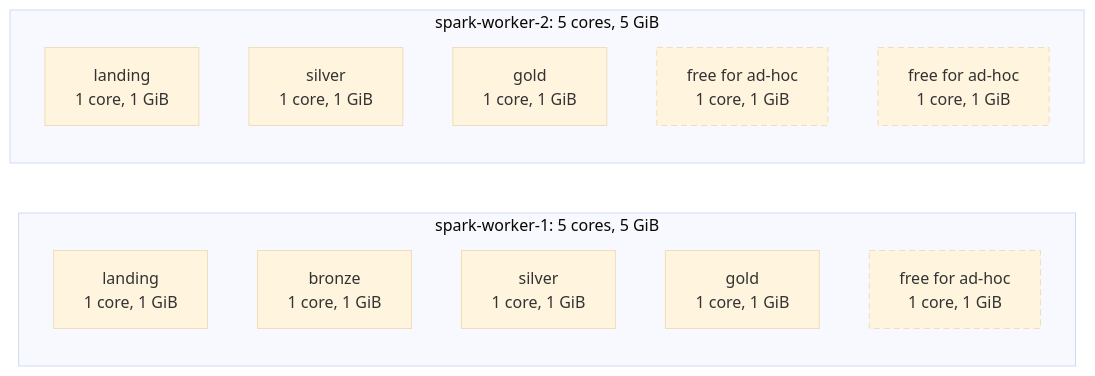
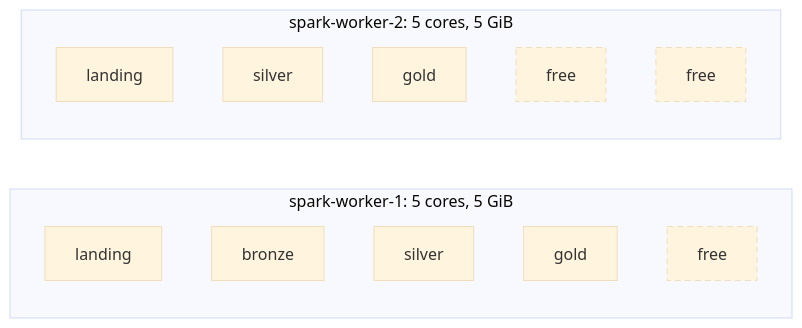
One commit to jonathan5p/deel-home-task changed the diagram in docs/architecture/sizing.md. Above: the diagram before and after it, drawn with Mermaid (base theme). The commit also changed other lines of this file, not shown here.

Commit message:
docs(sizing): lead with the decisions and the dev-stack gold numbers

````diff
--- a/docs/architecture/sizing.md
+++ b/docs/architecture/sizing.md
@@ -34,20 +44,20 @@
 ```mermaid
 flowchart LR
     subgraph w1["spark-worker-1: 5 cores, 5 GiB"]
-        l1["landing<br/>1 core, 1 GiB"]
-        b1["bronze<br/>1 core, 1 GiB"]
-        s1["silver<br/>1 core, 1 GiB"]
-        g1["gold<br/>1 core, 1 GiB"]
-        f1["free for ad-hoc<br/>1 core, 1 GiB"]
+        l1["landing"]
+        b1["bronze"]
+        s1["silver"]
+        g1["gold"]
+        f1["free"]
     end
     subgraph w2["spark-worker-2: 5 cores, 5 GiB"]
-        l2["landing<br/>1 core, 1 GiB"]
-        s2["silver<br/>1 core, 1 GiB"]
-        g2["gold<br/>1 core, 1 GiB"]
-        f2["free for ad-hoc<br/>1 core, 1 GiB"]
-        f3["free for ad-hoc<br/>1 core, 1 GiB"]
+        l2["landing"]
+        s2["silver"]
+        g2["gold"]
+        f2["free"]
+        f3["free"]
     end
 
     classDef free stroke-dasharray: 6 4
     class f1,f2,f3 free
 ```
````
